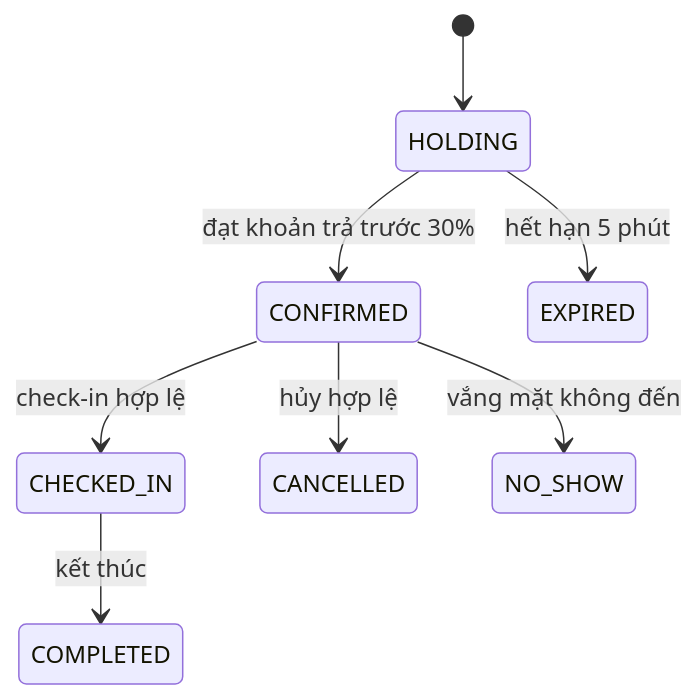
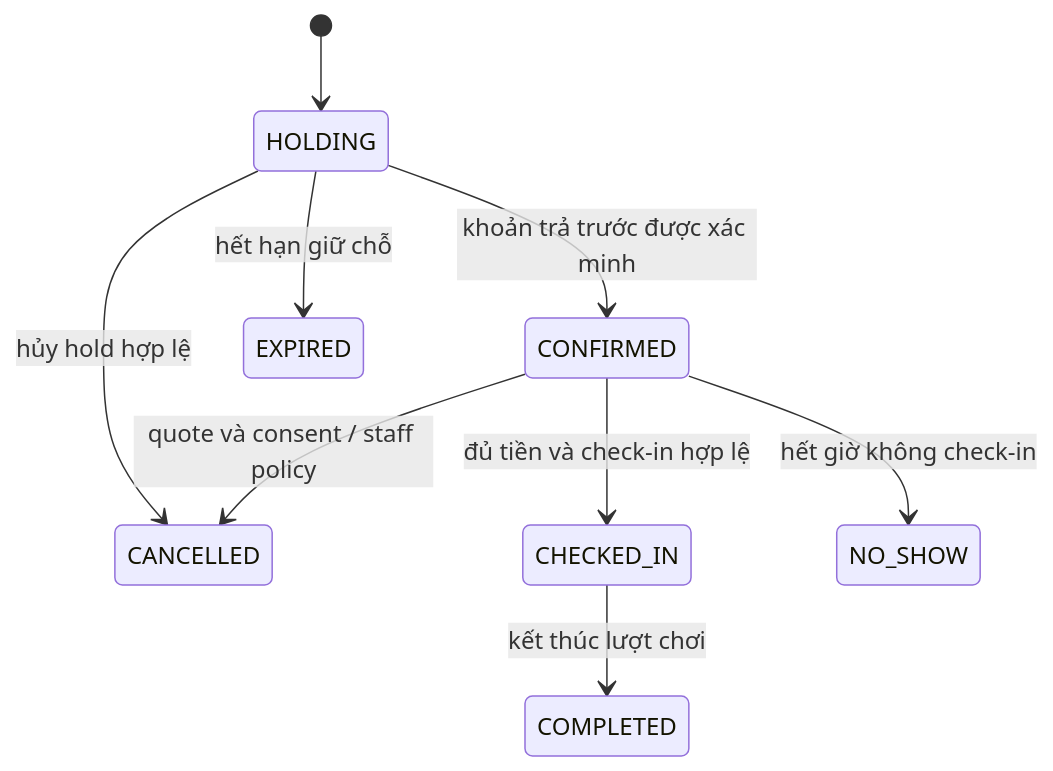
Before and after one commit to QuanVu512/BookingManagement: the diagram in docs/WORKFLOWS.md, drawn with Mermaid. The commit also changed other lines of this file and 26 other files, not shown here.

````diff
--- a/docs/WORKFLOWS.md
+++ b/docs/WORKFLOWS.md
@@ -14,10 +15,11 @@
 ```mermaid
 stateDiagram-v2
-  [*] --> HOLDING
-  HOLDING --> CONFIRMED: đạt khoản trả trước 30%
-  HOLDING --> EXPIRED: hết hạn 5 phút
-  CONFIRMED --> CHECKED_IN: check-in hợp lệ
-  CHECKED_IN --> COMPLETED: kết thúc
-  CONFIRMED --> CANCELLED: hủy hợp lệ
-  CONFIRMED --> NO_SHOW: vắng mặt không đến
+    [*] --> HOLDING
+    HOLDING --> CONFIRMED: khoản trả trước được xác minh
+    HOLDING --> EXPIRED: hết hạn giữ chỗ
+    HOLDING --> CANCELLED: hủy hold hợp lệ
+    CONFIRMED --> CANCELLED: quote và consent / staff policy
+    CONFIRMED --> CHECKED_IN: đủ tiền và check-in hợp lệ
+    CONFIRMED --> NO_SHOW: hết giờ không check-in
+    CHECKED_IN --> COMPLETED: kết thúc lượt chơi
 ```
````
